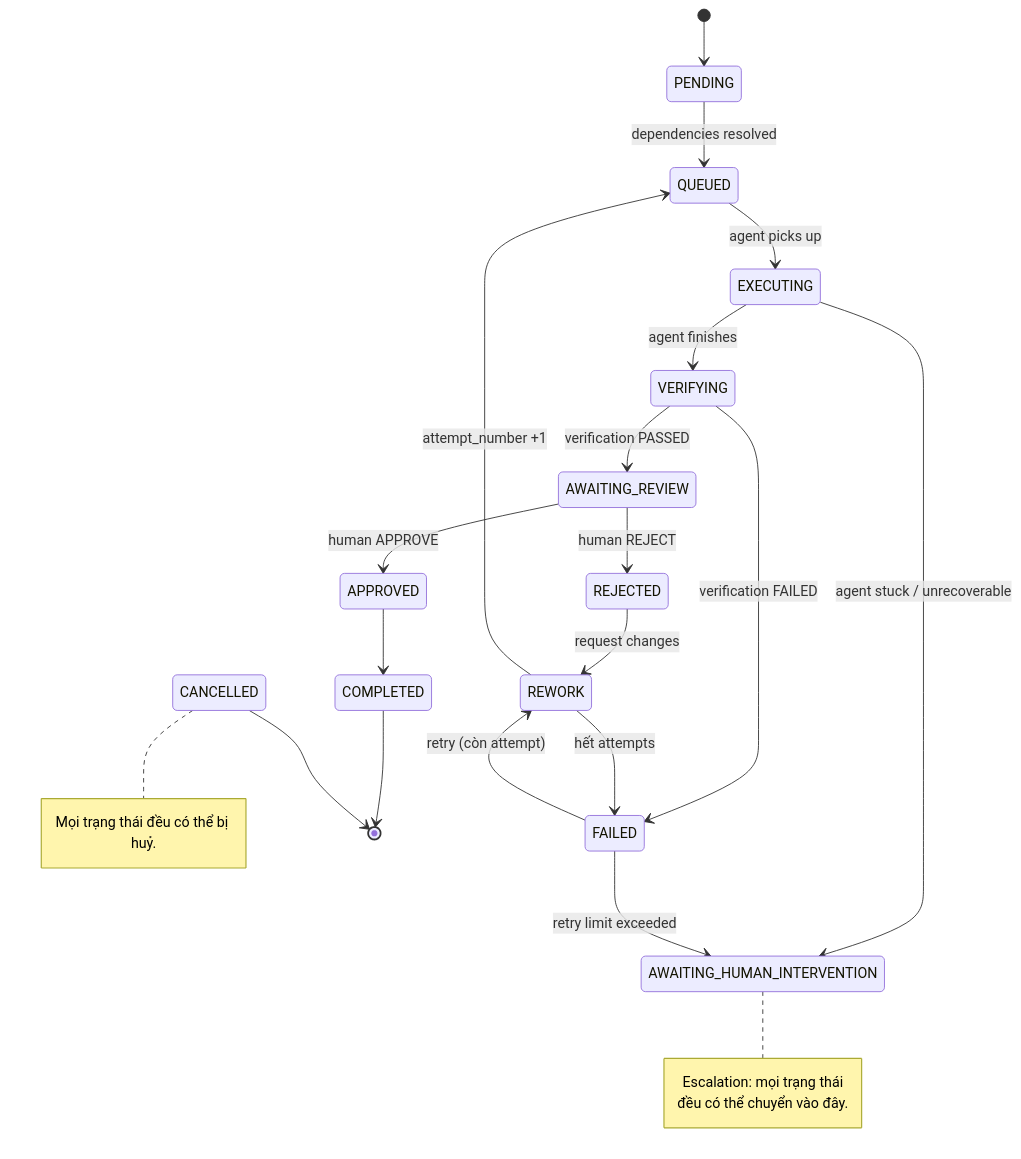
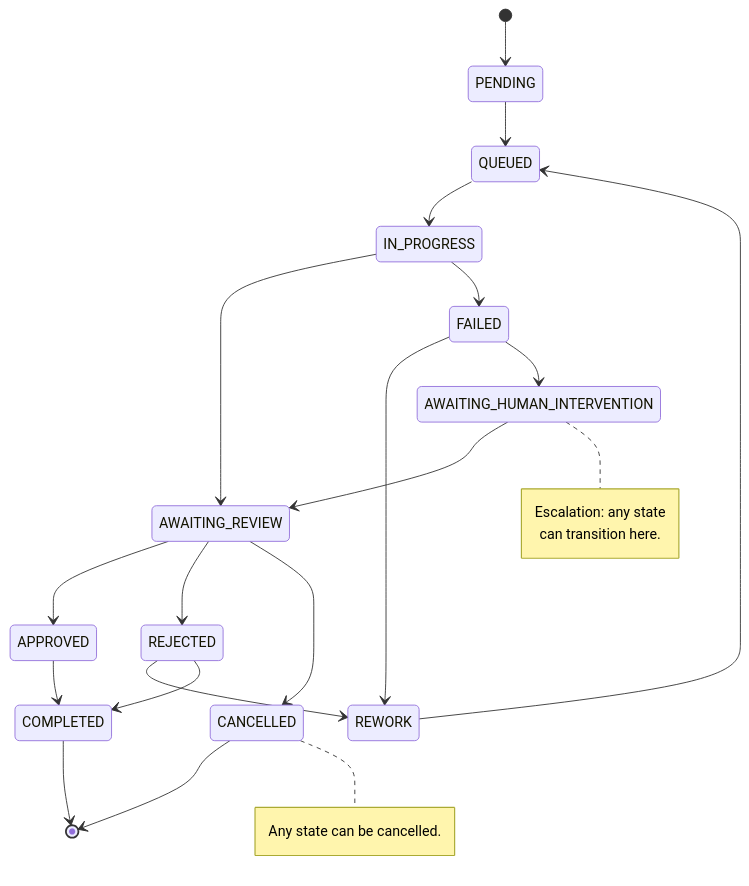
The fourth of 7 diagrams in docs/summary/HAI_flow.md (nbhson/app-human-attention-infrastructure), drawn with Mermaid before and after one commit. The commit also changed other lines of this file and 4 other files, not shown here.

````diff
--- a/docs/summary/HAI_flow.md
+++ b/docs/summary/HAI_flow.md
@@ -118,34 +121,28 @@
 ```mermaid
 stateDiagram-v2
     [*] --> PENDING
-    PENDING --> QUEUED : dependencies resolved
-    QUEUED --> EXECUTING : agent picks up
-    EXECUTING --> VERIFYING : agent finishes
-    EXECUTING --> AWAITING_HUMAN_INTERVENTION : agent stuck / unrecoverable
-
-    VERIFYING --> AWAITING_REVIEW : verification PASSED
-    VERIFYING --> FAILED : verification FAILED
-
-    AWAITING_REVIEW --> APPROVED : human APPROVE
-    AWAITING_REVIEW --> REJECTED : human REJECT
-
+    PENDING --> QUEUED
+    QUEUED --> IN_PROGRESS
+    IN_PROGRESS --> AWAITING_REVIEW
+    AWAITING_REVIEW --> APPROVED
+    AWAITING_REVIEW --> REJECTED
+    REJECTED --> REWORK
+    REWORK --> QUEUED
+    AWAITING_REVIEW --> CANCELLED
+    IN_PROGRESS --> FAILED
+    FAILED --> REWORK
+    FAILED --> AWAITING_HUMAN_INTERVENTION
+    AWAITING_HUMAN_INTERVENTION --> AWAITING_REVIEW
     APPROVED --> COMPLETED
-    REJECTED --> REWORK : request changes
-
-    REWORK --> QUEUED : attempt_number +1
-    REWORK --> FAILED : hết attempts
-
-    FAILED --> REWORK : retry (còn attempt)
-    FAILED --> AWAITING_HUMAN_INTERVENTION : retry limit exceeded
-
+    REJECTED --> COMPLETED
     COMPLETED --> [*]
     CANCELLED --> [*]
 
     note right of AWAITING_HUMAN_INTERVENTION
-        Escalation: mọi trạng thái
-        đều có thể chuyển vào đây.
+        Escalation: any state
+        can transition here.
     end note
     note right of CANCELLED
-        Mọi trạng thái đều có thể bị huỷ.
+        Any state can be cancelled.
     end note
 ```
````
